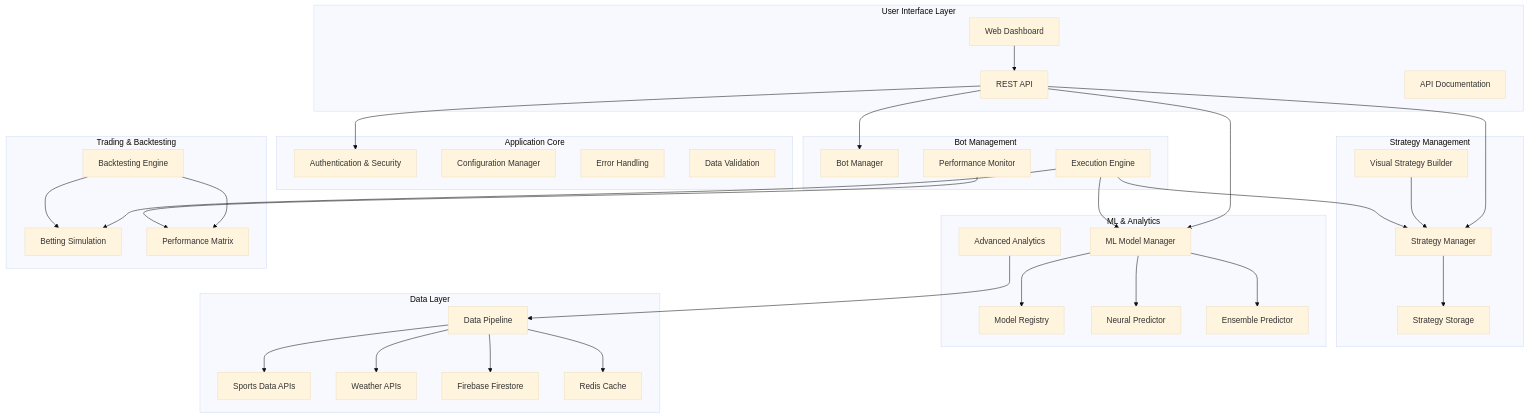
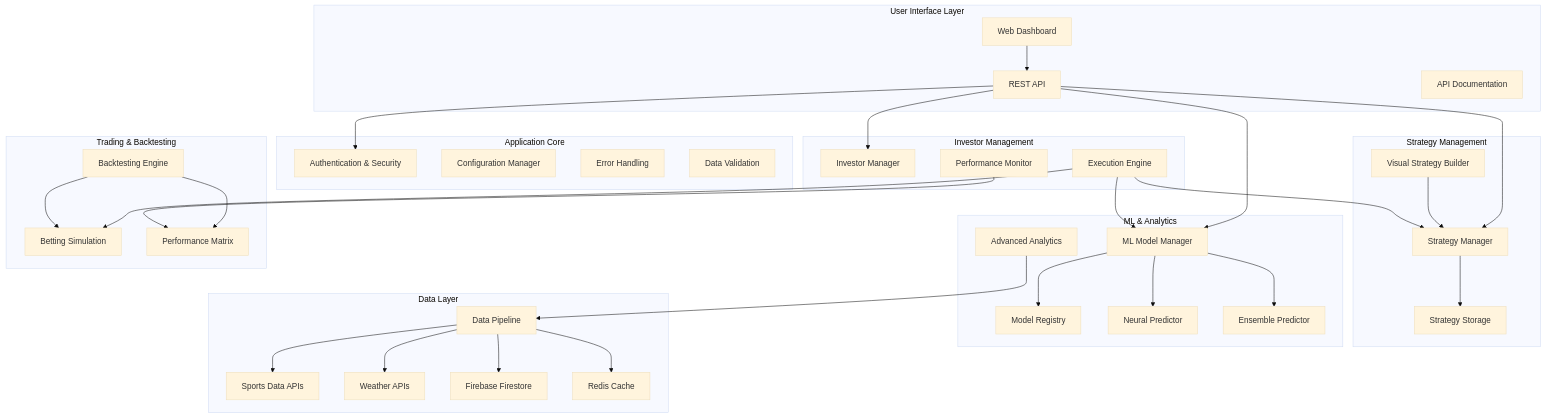
Before and after one commit to jslimak2/SI-HQ: the first of 10 diagrams in ARCHITECTURE_AND_SYSTEM_DESIGN.md, drawn with Mermaid (base theme). The commit also changed other lines of this file and 20 other files, not shown here.

Commit message:
Update terminology from 'bot' to 'investor' throughout codebase

````diff
--- a/ARCHITECTURE_AND_SYSTEM_DESIGN.md
+++ b/ARCHITECTURE_AND_SYSTEM_DESIGN.md
@@ -72,77 +72,77 @@
 ```mermaid
 graph TB
     subgraph "User Interface Layer"
         UI[Web Dashboard]
         API[REST API]
         DOC[API Documentation]
     end
     
     subgraph "Application Core"
         AUTH[Authentication & Security]
         CONFIG[Configuration Manager]
         ERROR[Error Handling]
         VALID[Data Validation]
     end
     
     subgraph "Strategy Management"
         STRAT_BUILDER[Visual Strategy Builder]
         STRAT_MANAGER[Strategy Manager]
         STRAT_STORE[Strategy Storage]
     end
     
-    subgraph "Bot Management"
-        BOT_MANAGER[Bot Manager]
+    subgraph "Investor Management"
+        BOT_MANAGER[Investor Manager]
         BOT_ENGINE[Execution Engine]
         BOT_MONITOR[Performance Monitor]
     end
     
     subgraph "ML & Analytics"
         MODEL_REG[Model Registry]
         ML_MANAGER[ML Model Manager]
         NEURAL[Neural Predictor]
         ENSEMBLE[Ensemble Predictor]
         ANALYTICS[Advanced Analytics]
     end
     
     subgraph "Data Layer"
         DATA_PIPELINE[Data Pipeline]
         SPORTS_API[Sports Data APIs]
         WEATHER_API[Weather APIs]
         FIRESTORE[Firebase Firestore]
         CACHE[Redis Cache]
     end
     
     subgraph "Trading & Backtesting"
         BACKTEST[Backtesting Engine]
         SIM[Betting Simulation]
         PERF[Performance Matrix]
     end
     
     UI --> API
     API --> AUTH
     API --> STRAT_MANAGER
     API --> BOT_MANAGER
     API --> ML_MANAGER
     
     STRAT_BUILDER --> STRAT_MANAGER
     STRAT_MANAGER --> STRAT_STORE
     
     BOT_ENGINE --> STRAT_MANAGER
     BOT_ENGINE --> ML_MANAGER
     BOT_ENGINE --> SIM
     
     ML_MANAGER --> MODEL_REG
     ML_MANAGER --> NEURAL
     ML_MANAGER --> ENSEMBLE
     
     DATA_PIPELINE --> SPORTS_API
     DATA_PIPELINE --> WEATHER_API
     DATA_PIPELINE --> FIRESTORE
     DATA_PIPELINE --> CACHE
     
     ANALYTICS --> DATA_PIPELINE
     BACKTEST --> SIM
     BACKTEST --> PERF
     
     BOT_MONITOR --> PERF
 ```
````
